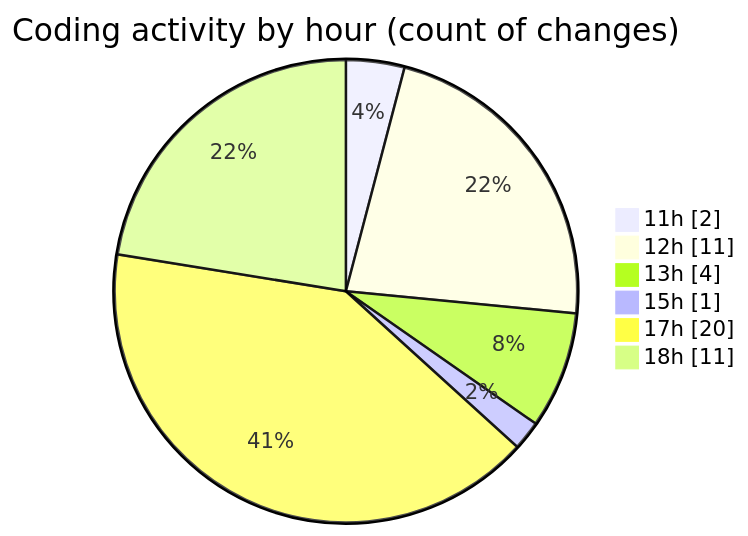
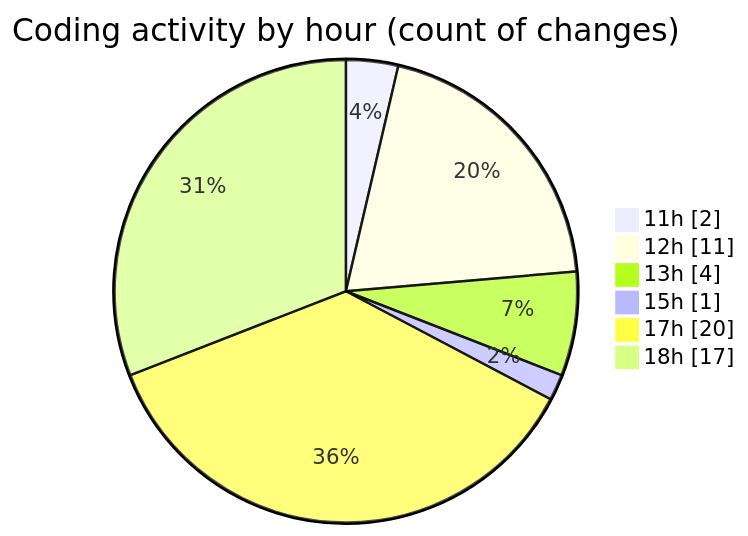
Before and after one commit to nxtqubesakshisongat/code-tracking: the second of 2 diagrams in 2025-12-08/nxtqube_webapp/README.md, drawn with Mermaid. The commit also changed other lines of this file and 1 other file, not shown here.

````diff
--- a/2025-12-08/nxtqube_webapp/README.md
+++ b/2025-12-08/nxtqube_webapp/README.md
@@ -34,10 +34,10 @@
 ```mermaid
 pie showData
 title Coding activity by hour (count of changes)
 "11h" : 2
 "12h" : 11
 "13h" : 4
 "15h" : 1
 "17h" : 20
-"18h" : 11
+"18h" : 17
 ```
````
